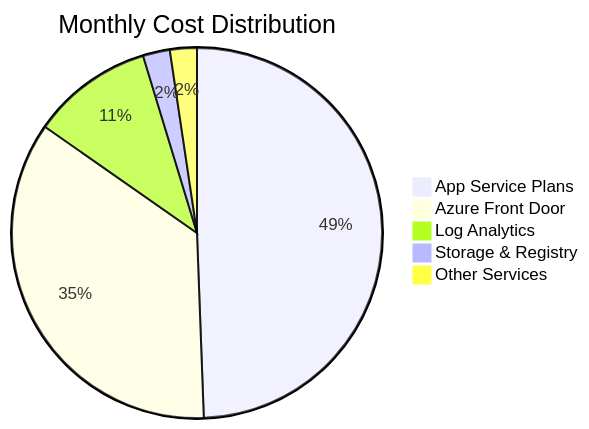
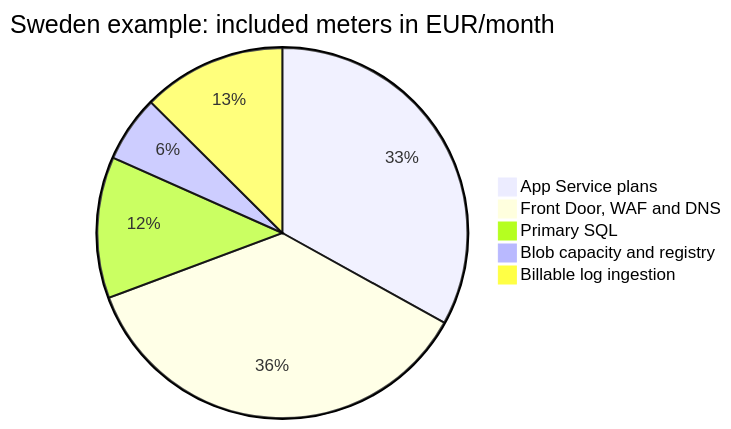
Before and after one commit to arolariu/arolariu.ro: the second of 3 diagrams in infra/Azure/Bicep/COST_OPTIMIZATION.md, drawn with Mermaid. The commit also changed other lines of this file and 45 other files, not shown here.

````diff
--- a/infra/Azure/Bicep/COST_OPTIMIZATION.md
+++ b/infra/Azure/Bicep/COST_OPTIMIZATION.md
@@ -58,8 +75,8 @@
 ```mermaid
-pie title Monthly Cost Distribution
-    "App Service Plans" : 42
-    "Azure Front Door" : 30
-    "Log Analytics" : 9
-    "Storage & Registry" : 2
-    "Other Services" : 2
+pie title Sweden example: included meters in EUR/month
+    "App Service plans" : 34.68
+    "Front Door, WAF and DNS" : 38.04
+    "Primary SQL" : 12.95
+    "Blob capacity and registry" : 6.08
+    "Billable log ingestion" : 13.16
 ```
````
